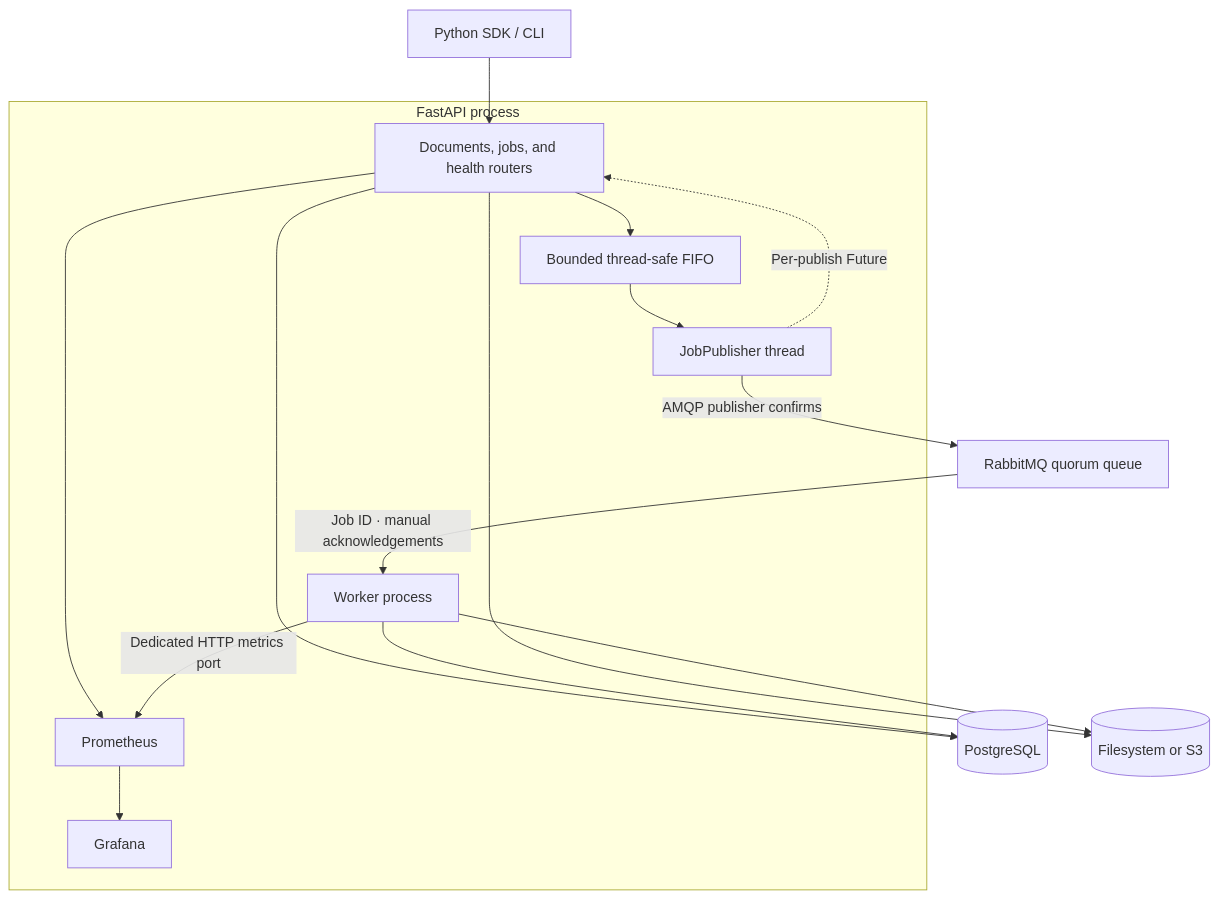
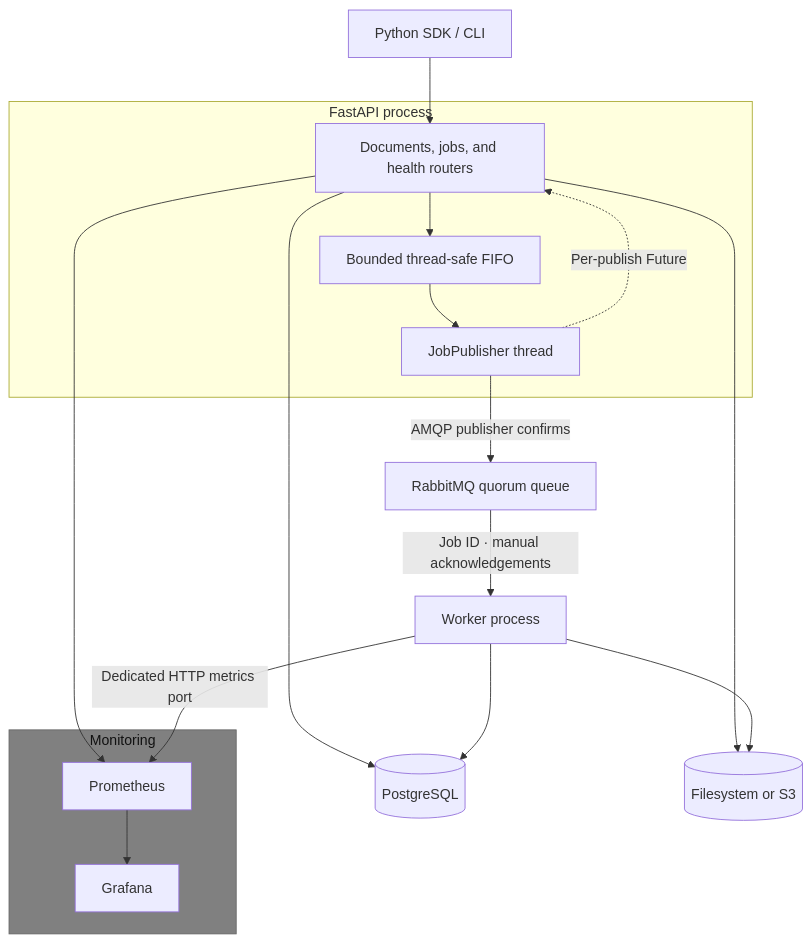
One commit to adibenbenishty1/pulse-portfolio changed the diagram in README.md. Above: the diagram before and after it, drawn with Mermaid.

Commit message:
Update monitoring diagram in README
Refactor monitoring section in README to improve clarity.

````diff
--- a/README.md
+++ b/README.md
@@ -5,20 +5,21 @@
 ```mermaid
 flowchart TD
     Client["Python SDK / CLI"] --> API
     subgraph Service["FastAPI process"]
         API["Documents, jobs, and health routers"] --> FIFO["Bounded thread-safe FIFO"]
         FIFO --> Publisher["JobPublisher thread"]
         Publisher -. "Per-publish Future" .-> API
     end
     Publisher -->|"AMQP publisher confirms"| Broker["RabbitMQ quorum queue"]
     Broker -->|"Job ID · manual acknowledgements"| Worker["Worker process"]
     API --> DB[("PostgreSQL")]
     Worker --> DB
     API --> Storage[("Filesystem or S3")]
     Worker --> Storage
     API --> Prometheus
-	subgraph Service["Data scraping and visualization"]
-		Worker -->|"Dedicated HTTP metrics port"| Prometheus
-		Prometheus --> Grafana
-	end
+    Worker -->|"Dedicated HTTP metrics port"| Prometheus
+    subgraph Monitoring["Monitoring"]
+        Prometheus --> Grafana
+    end
+    style Monitoring fill:#808080,stroke:#666666,color:#111111
 ```
````
